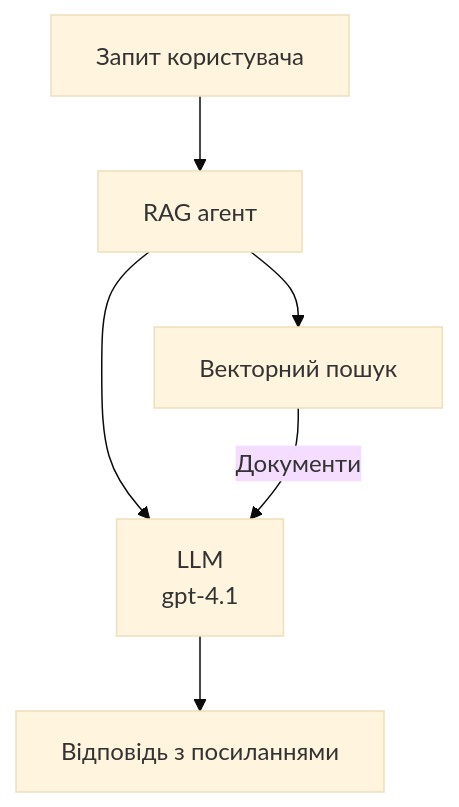
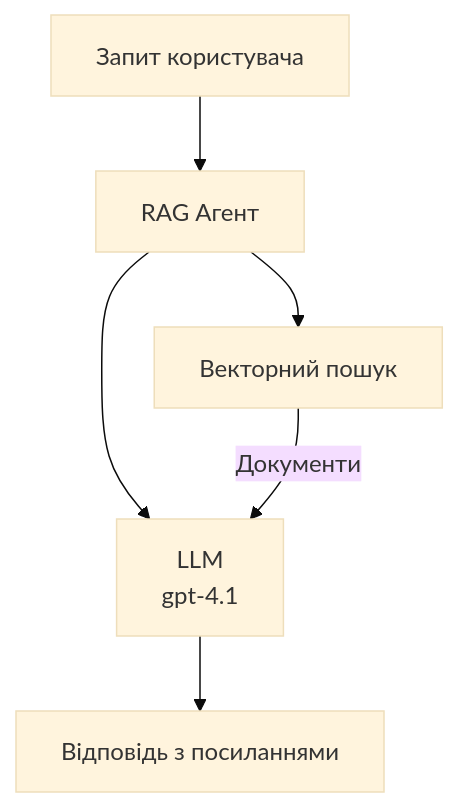
The second of 3 diagrams in translations/uk/docs/chapter-02-ai-development/agents.md (microsoft/AZD-for-beginners), drawn with Mermaid (base theme) before and after one commit. The commit also changed other lines of this file and 104 other files, not shown here.

````diff
--- a/translations/uk/docs/chapter-02-ai-development/agents.md
+++ b/translations/uk/docs/chapter-02-ai-development/agents.md
@@ -175,8 +181,8 @@
 ```mermaid
 graph TD
-    Query[Запит користувача] --> RAG[RAG агент]
+    Query[Запит користувача] --> RAG[RAG Агент]
     RAG --> Vector[Векторний пошук]
     RAG --> LLM[LLM<br/>gpt-4.1]
     Vector -- Документи --> LLM
     LLM --> Response[Відповідь з посиланнями]
 ```
````
